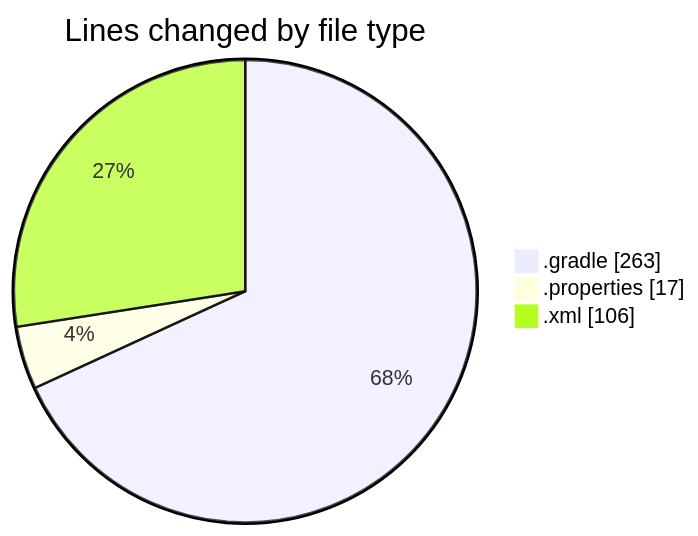
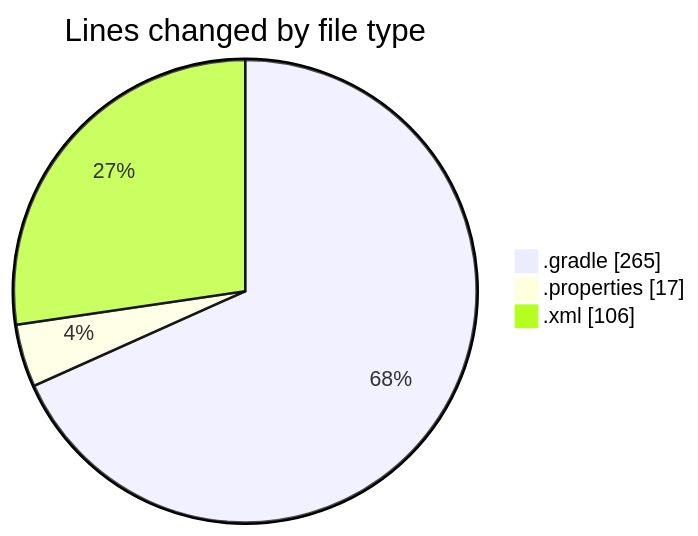
One commit to donsfak/code-tracking changed the first of 2 diagrams in 2025-02-01/maps_clone/README.md. Above: the diagram before and after it, drawn with Mermaid. The commit also changed other lines of this file and 1 other file, not shown here.

````diff
--- a/2025-02-01/maps_clone/README.md
+++ b/2025-02-01/maps_clone/README.md
@@ -25,7 +25,7 @@
 ```mermaid
 pie showData
 title Lines changed by file type
-".gradle" : 263
+".gradle" : 265
 ".properties" : 17
 ".xml" : 106
 ```
````
